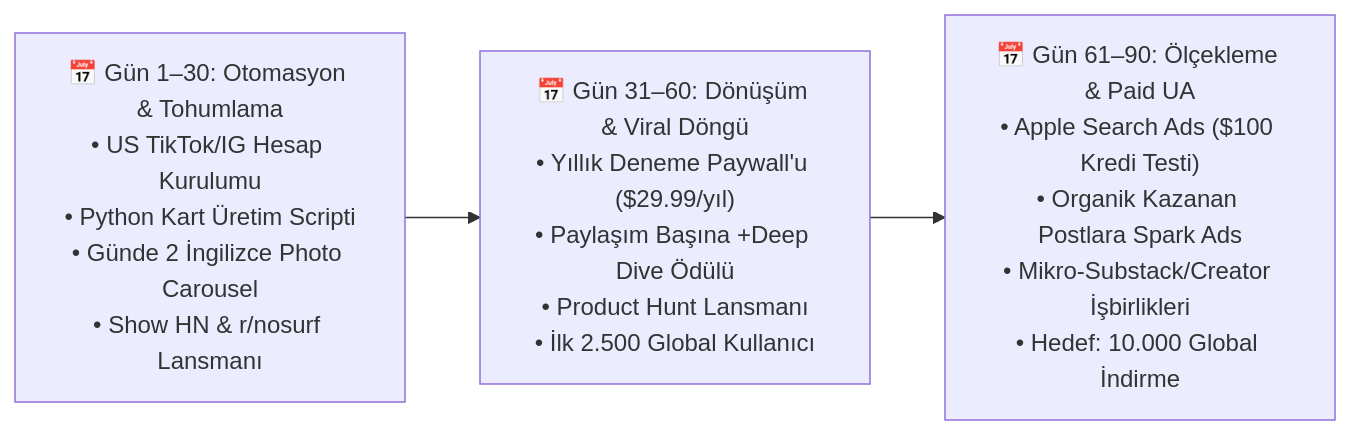
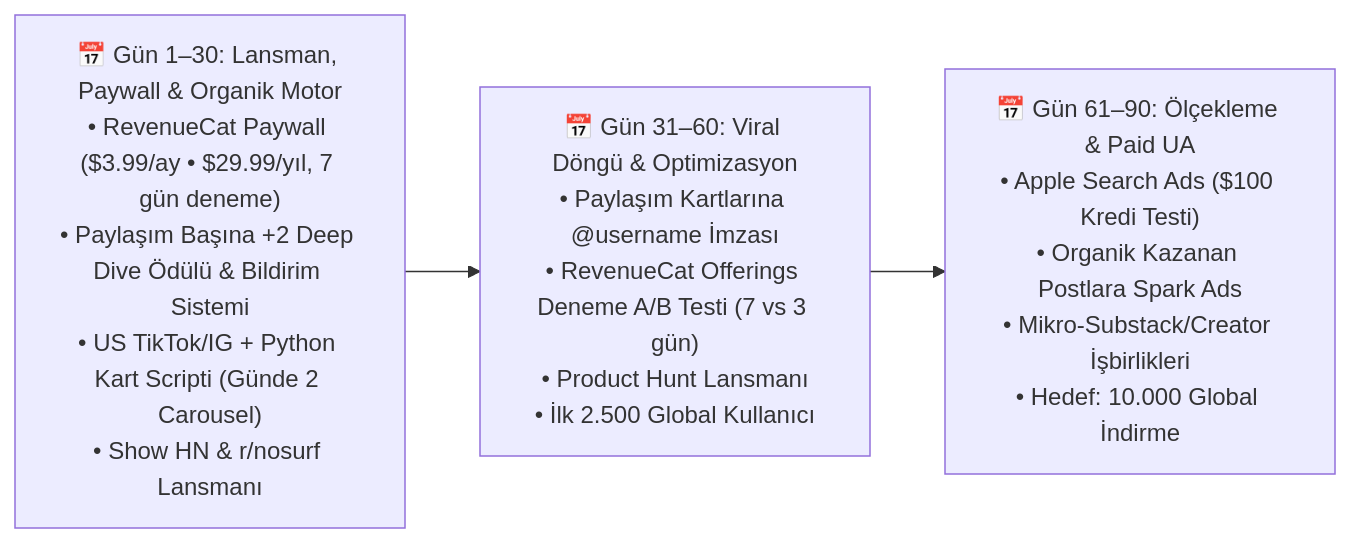
The third of 3 diagrams in docs/pazarlama_ve_dagitim_stratejisi.md (kuzeysinay/omakase), drawn with Mermaid before and after one commit. The commit also changed other lines of this file and 74 other files, not shown here.

````diff
--- a/docs/pazarlama_ve_dagitim_stratejisi.md
+++ b/docs/pazarlama_ve_dagitim_stratejisi.md
@@ -194,5 +194,5 @@
 ```mermaid
 flowchart LR
-    P1["📅 Gün 1–30: Otomasyon & Tohumlama<br/>• US TikTok/IG Hesap Kurulumu<br/>• Python Kart Üretim Scripti<br/>• Günde 2 İngilizce Photo Carousel<br/>• Show HN & r/nosurf Lansmanı"] --> P2["📅 Gün 31–60: Dönüşüm & Viral Döngü<br/>• Yıllık Deneme Paywall'u ($29.99/yıl)<br/>• Paylaşım Başına +Deep Dive Ödülü<br/>• Product Hunt Lansmanı<br/>• İlk 2.500 Global Kullanıcı"]
+    P1["📅 Gün 1–30: Lansman, Paywall & Organik Motor<br/>• RevenueCat Paywall ($3.99/ay • $29.99/yıl, 7 gün deneme)<br/>• Paylaşım Başına +2 Deep Dive Ödülü & Bildirim Sistemi<br/>• US TikTok/IG + Python Kart Scripti (Günde 2 Carousel)<br/>• Show HN & r/nosurf Lansmanı"] --> P2["📅 Gün 31–60: Viral Döngü & Optimizasyon<br/>• Paylaşım Kartlarına @username İmzası<br/>• RevenueCat Offerings Deneme A/B Testi (7 vs 3 gün)<br/>• Product Hunt Lansmanı<br/>• İlk 2.500 Global Kullanıcı"]
     P2 --> P3["📅 Gün 61–90: Ölçekleme & Paid UA<br/>• Apple Search Ads ($100 Kredi Testi)<br/>• Organik Kazanan Postlara Spark Ads<br/>• Mikro-Substack/Creator İşbirlikleri<br/>• Hedef: 10.000 Global İndirme"]
 ```
````
